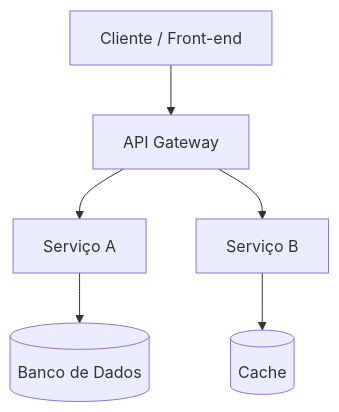
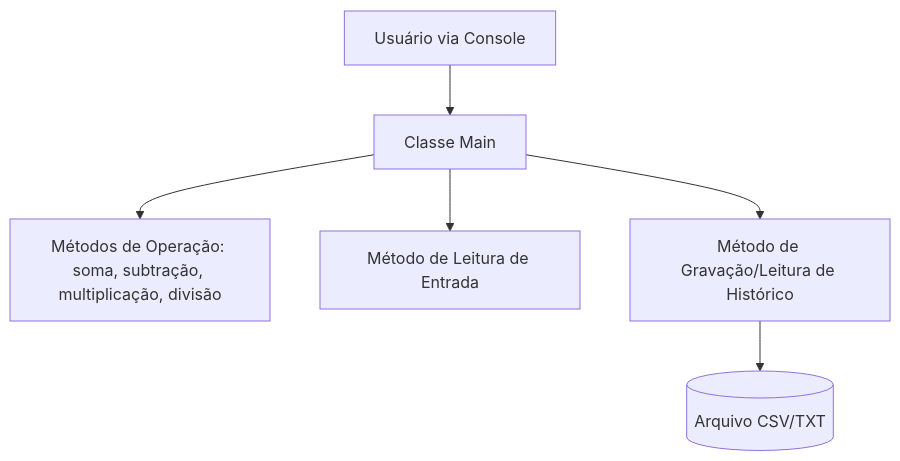
Before and after one commit to mlm5608/Projeto_Arquitetura_Monolitica: the diagram in documentacao-software-Calculadora_3000.md, drawn with Mermaid. The commit also changed other lines of this file, not shown here.

````diff
--- a/documentacao-software-Calculadora_3000.md
+++ b/documentacao-software-Calculadora_3000.md
@@ -220,8 +244,8 @@
 ```mermaid
 flowchart TD
-    A[Cliente / Front-end] --> B[API Gateway]
-    B --> C[Serviço A]
-    B --> D[Serviço B]
-    C --> E[(Banco de Dados)]
-    D --> F[(Cache)]
+    A[Usuário via Console] --> B[Classe Main]
+    B --> C[Métodos de Operação: soma, subtração, multiplicação, divisão]
+    B --> D[Método de Leitura de Entrada]
+    B --> E[Método de Gravação/Leitura de Histórico]
+    E --> F[(Arquivo CSV/TXT)]
 ```
````
